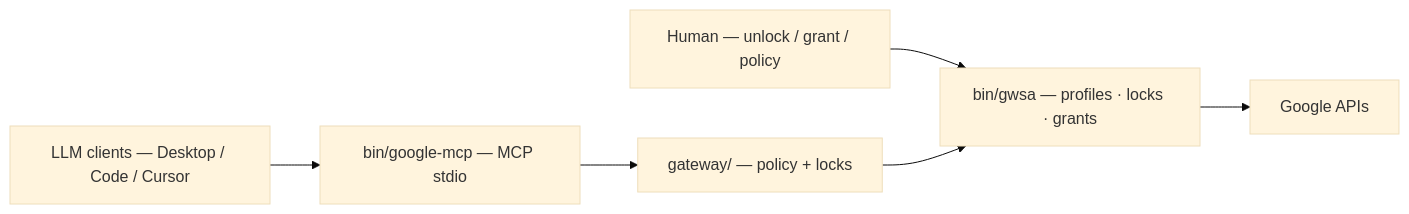
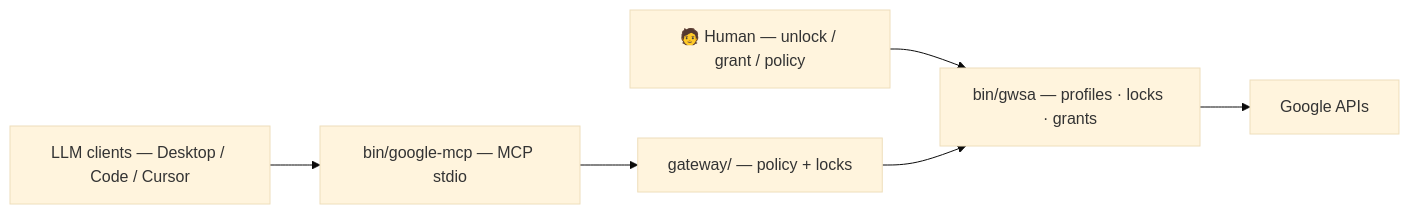
The diagram in README.md (elzinko/google-mcp-multi-account), drawn with Mermaid (base theme) before and after one commit. The commit also changed other lines of this file and 1 other file, not shown here.

````diff
--- a/README.md
+++ b/README.md
@@ -52,11 +61,11 @@
 ```mermaid
 flowchart LR
-    USER["Human — unlock / grant / policy"]
+    USER["🧑 Human — unlock / grant / policy"]
     LLM["LLM clients — Desktop / Code / Cursor"]
     MCP["bin/google-mcp — MCP stdio"]
     GW["gateway/ — policy + locks"]
     GWSA["bin/gwsa — profiles · locks · grants"]
     GOOGLE["Google APIs"]
     USER --> GWSA
     LLM --> MCP --> GW --> GWSA --> GOOGLE
 ```
````
